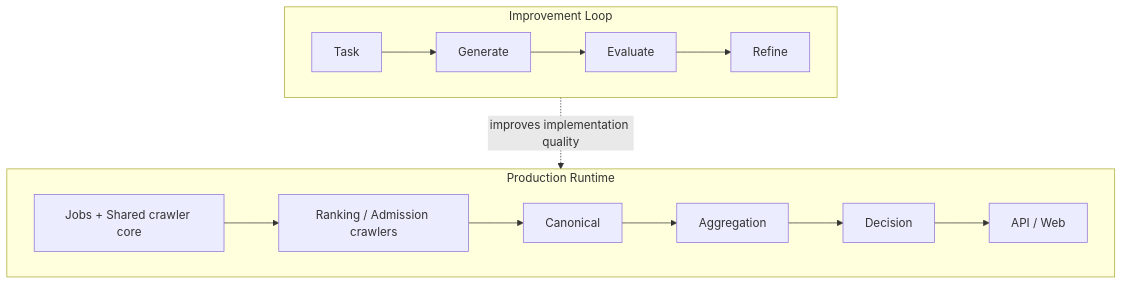
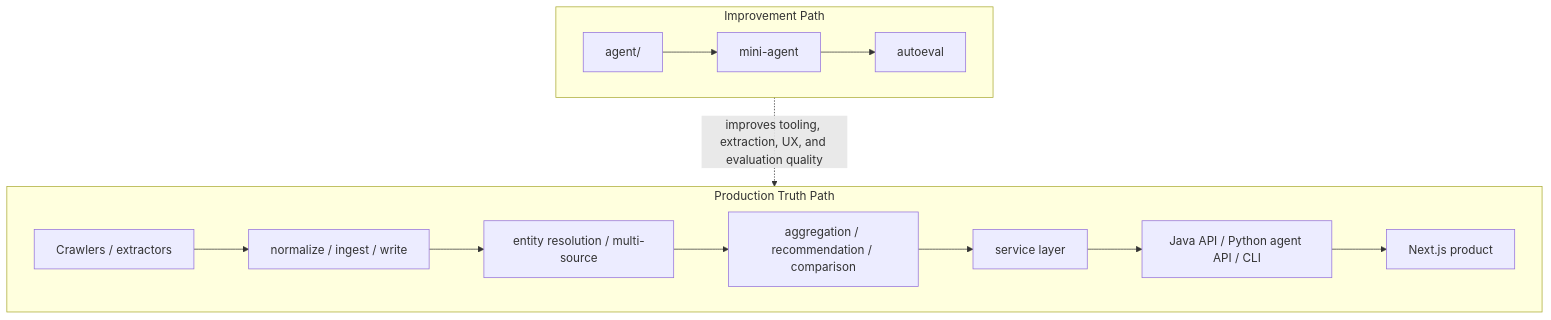
Before and after one commit to heinricitorgau/CrawlerNest: the third of 3 diagrams in docs/SYSTEM_ENGINE_ARCHITECTURE.md, drawn with Mermaid. The commit also changed other lines of this file and 47 other files, not shown here.

````diff
--- a/docs/SYSTEM_ENGINE_ARCHITECTURE.md
+++ b/docs/SYSTEM_ENGINE_ARCHITECTURE.md
@@ -268,18 +300,18 @@
 ```mermaid
 flowchart TD
-    subgraph PROD["Production Runtime"]
-        A["Jobs + Shared crawler core"] --> B["Ranking / Admission crawlers"]
-        B --> C["Canonical"]
-        C --> D["Aggregation"]
-        D --> E["Decision"]
-        E --> F["API / Web"]
+    subgraph Truth["Production Truth Path"]
+        A["Crawlers / extractors"] --> B["normalize / ingest / write"]
+        B --> C["entity resolution / multi-source"]
+        C --> D["aggregation / recommendation / comparison"]
+        D --> E["service layer"]
+        E --> F["Java API / Python agent API / CLI"]
+        F --> G["Next.js product"]
     end
 
-    subgraph IMPROVE["Improvement Loop"]
-        G["Task"] --> H["Generate"]
-        H --> I["Evaluate"]
-        I --> J["Refine"]
+    subgraph Improve["Improvement Path"]
+        H["agent/"] --> I["mini-agent"]
+        I --> J["autoeval"]
     end
 
-    IMPROVE -. improves implementation quality .-> PROD
+    Improve -. improves tooling, extraction, UX, and evaluation quality .-> Truth
 ```
````
